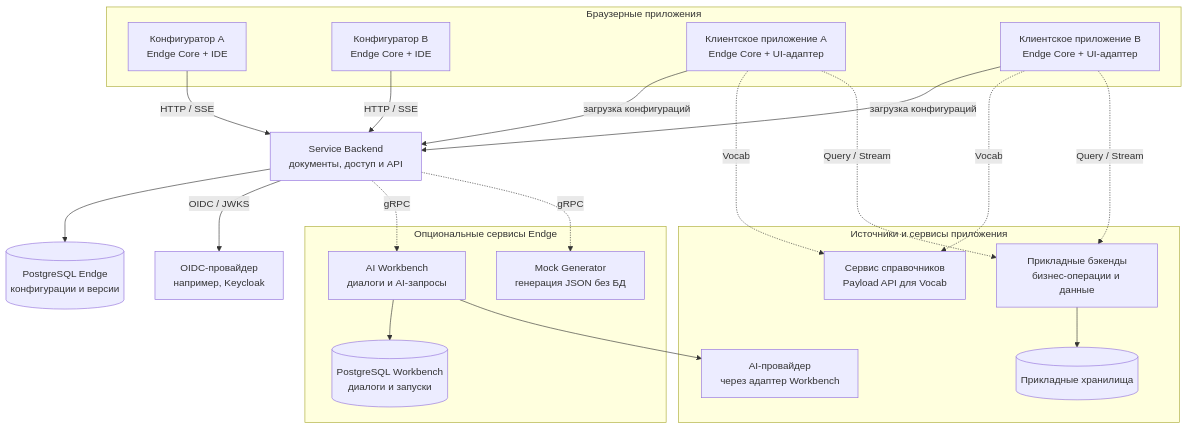
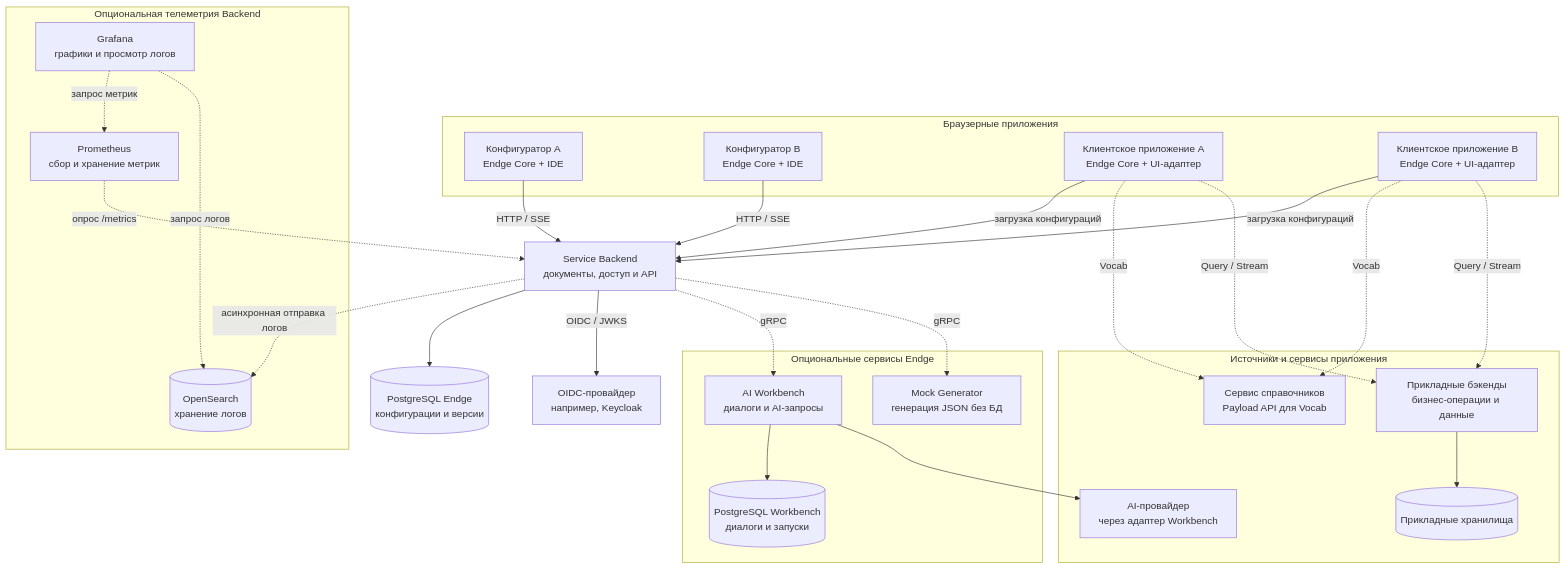
Before and after one commit to endge-lab/configurator-docs: the diagram in docs/getting-started/architecture.md, drawn with Mermaid. The commit also changed other lines of this file and 1 other file, not shown here.

Commit message:
feat: workplace ui

````diff
--- a/docs/getting-started/architecture.md
+++ b/docs/getting-started/architecture.md
@@ -9,49 +9,61 @@
 ```mermaid
 flowchart TB
   subgraph UI["Браузерные приложения"]
     C1["Конфигуратор A<br/>Endge Core + IDE"]
     C2["Конфигуратор B<br/>Endge Core + IDE"]
     F1["Клиентское приложение A<br/>Endge Core + UI-адаптер"]
     F2["Клиентское приложение B<br/>Endge Core + UI-адаптер"]
   end
 
   B["Service Backend<br/>документы, доступ и API"]
   DB[("PostgreSQL Endge<br/>конфигурации и версии")]
   IDP["OIDC-провайдер<br/>например, Keycloak"]
 
   subgraph OPTIONAL["Опциональные сервисы Endge"]
     AI["AI Workbench<br/>диалоги и AI-запросы"]
     AIDB[("PostgreSQL Workbench<br/>диалоги и запуски")]
     MOCK["Mock Generator<br/>генерация JSON без БД"]
   end
 
   subgraph EXTERNAL["Источники и сервисы приложения"]
     VOCAB["Сервис справочников<br/>Payload API для Vocab"]
     API["Прикладные бэкенды<br/>бизнес-операции и данные"]
     APPDB[("Прикладные хранилища")]
     LLM["AI-провайдер<br/>через адаптер Workbench"]
   end
 
+  subgraph TELEMETRY["Опциональная телеметрия Backend"]
+    PROM["Prometheus<br/>сбор и хранение метрик"]
+    OS[("OpenSearch<br/>хранение логов")]
+    GRAFANA["Grafana<br/>графики и просмотр логов"]
+  end
+
   C1 -->|HTTP / SSE| B
   C2 -->|HTTP / SSE| B
   F1 -->|загрузка конфигураций| B
   F2 -->|загрузка конфигураций| B
   B --> DB
   B -->|OIDC / JWKS| IDP
   B -. gRPC .-> AI
   B -. gRPC .-> MOCK
   AI --> AIDB
   AI --> LLM
   F1 -. Vocab .-> VOCAB
   F2 -. Vocab .-> VOCAB
   F1 -. Query / Stream .-> API
   F2 -. Query / Stream .-> API
   API --> APPDB
+  PROM -. опрос /metrics .-> B
+  B -. асинхронная отправка логов .-> OS
+  GRAFANA -. запрос метрик .-> PROM
+  GRAFANA -. запрос логов .-> OS
 
   class C1,C2 endgeInput
   class F1,F2 endgeSuccess
   class B endgeProcess
   class DB,AIDB,APPDB endgeRegistry
   class IDP,VOCAB,API,MOCK endgePackage
   class AI,LLM endgeAI
+  class PROM,OS endgeRegistry
+  class GRAFANA endgeProcess
 ```
````
